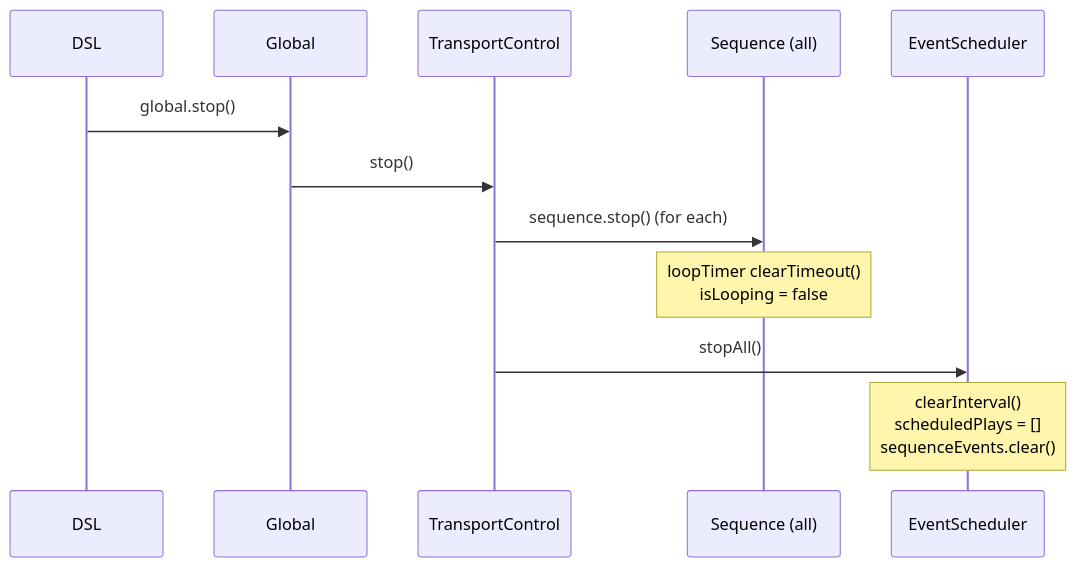
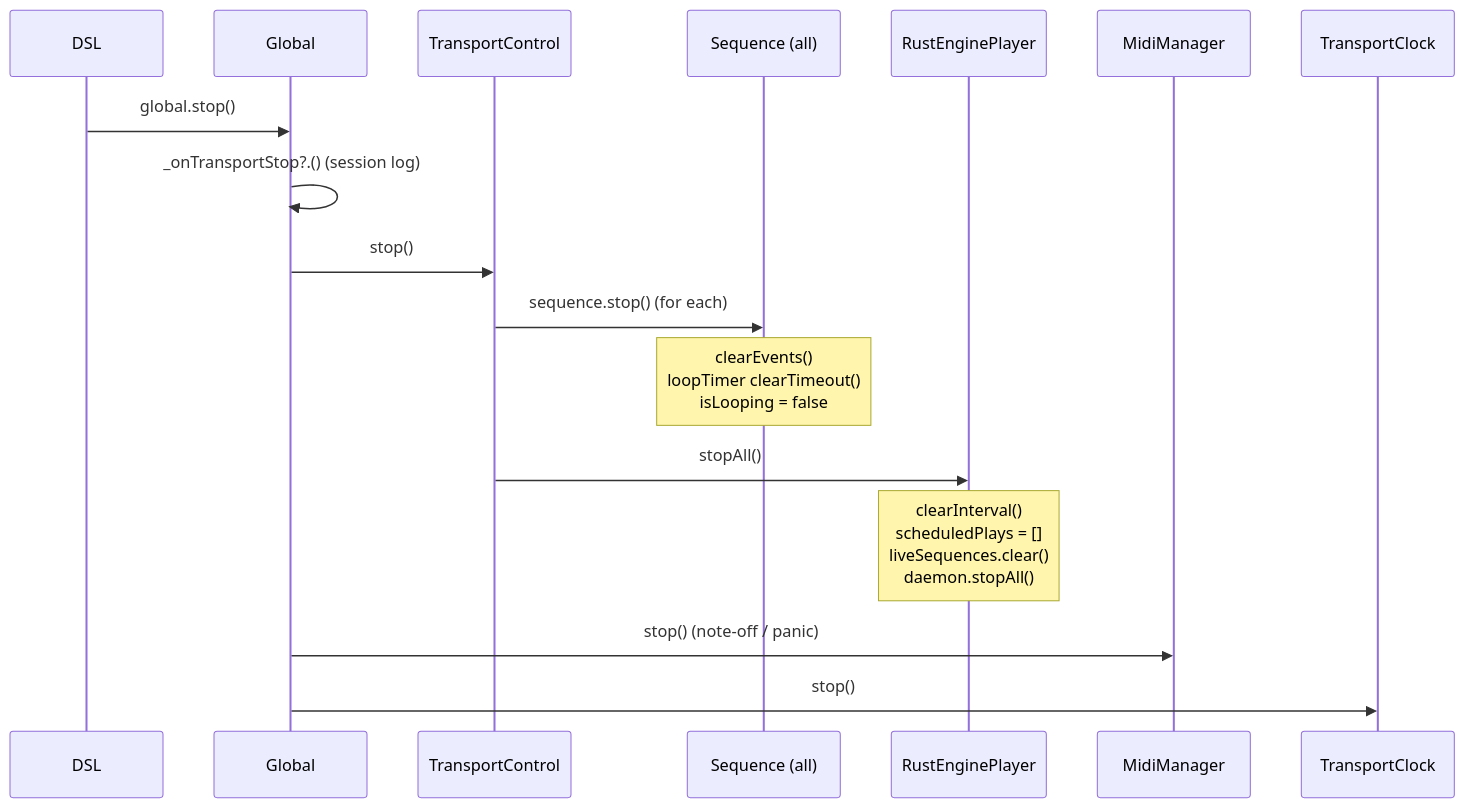
Before and after one commit to signalcompose/orbitscore: the second of 4 diagrams in sites/dev/en/scheduling/transport.md, drawn with Mermaid. The commit also changed other lines of this file and 8 other files, not shown here.

````diff
--- a/sites/dev/en/scheduling/transport.md
+++ b/sites/dev/en/scheduling/transport.md
@@ -102,15 +207,20 @@
 ```mermaid
 sequenceDiagram
   participant USER as DSL
   participant G as Global
   participant TC as TransportControl
   participant SEQ as Sequence (all)
-  participant SCHED as EventScheduler
+  participant SCHED as RustEnginePlayer
+  participant MIDI as MidiManager
+  participant CLK as TransportClock
 
   USER->>G: global.stop()
+  G->>G: _onTransportStop?.() (session log)
   G->>TC: stop()
   TC->>SEQ: sequence.stop() (for each)
-  Note over SEQ: loopTimer clearTimeout()<br/>isLooping = false
+  Note over SEQ: clearEvents()<br/>loopTimer clearTimeout()<br/>isLooping = false
   TC->>SCHED: stopAll()
-  Note over SCHED: clearInterval()<br/>scheduledPlays = []<br/>sequenceEvents.clear()
+  Note over SCHED: clearInterval()<br/>scheduledPlays = []<br/>liveSequences.clear()<br/>daemon.stopAll()
+  G->>MIDI: stop() (note-off / panic)
+  G->>CLK: stop()
 ```
````
